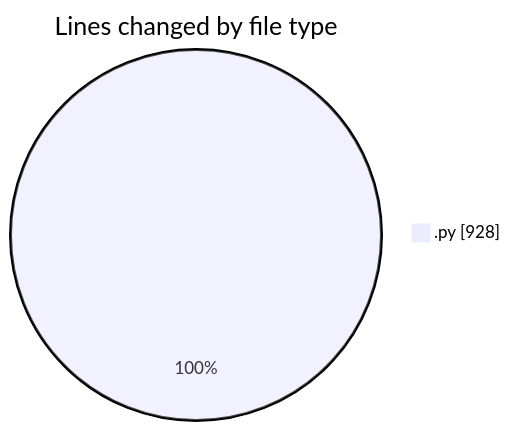
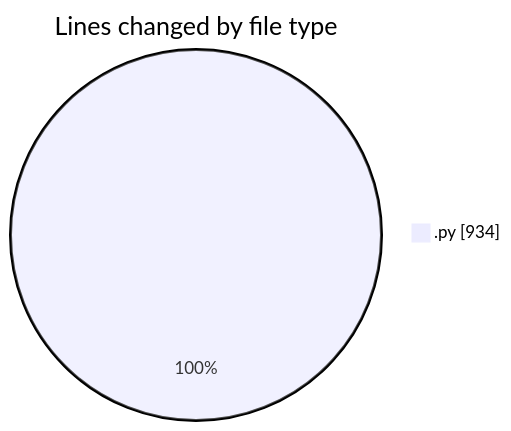
Before and after one commit to julien-gomy/code-tracking: the first of 2 diagrams in 2025-11-27/eventscop-api-guide__workspace_/README.md, drawn with Mermaid. The commit also changed other lines of this file and 1 other file, not shown here.

````diff
--- a/2025-11-27/eventscop-api-guide__workspace_/README.md
+++ b/2025-11-27/eventscop-api-guide__workspace_/README.md
@@ -20,5 +20,5 @@
 ```mermaid
 pie showData
 title Lines changed by file type
-".py" : 928
+".py" : 934
 ```
````
